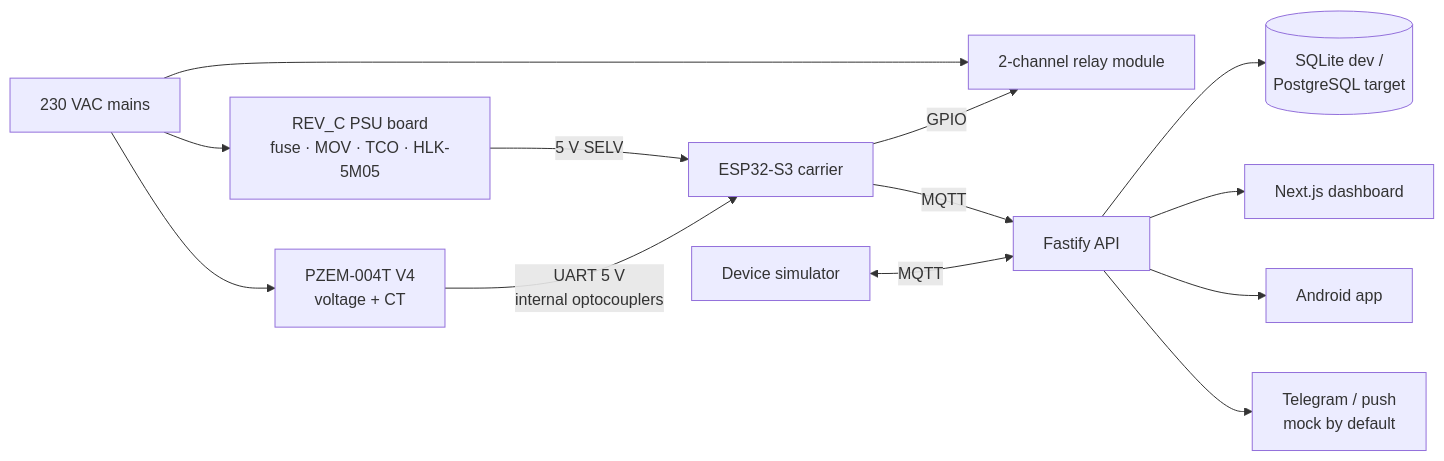
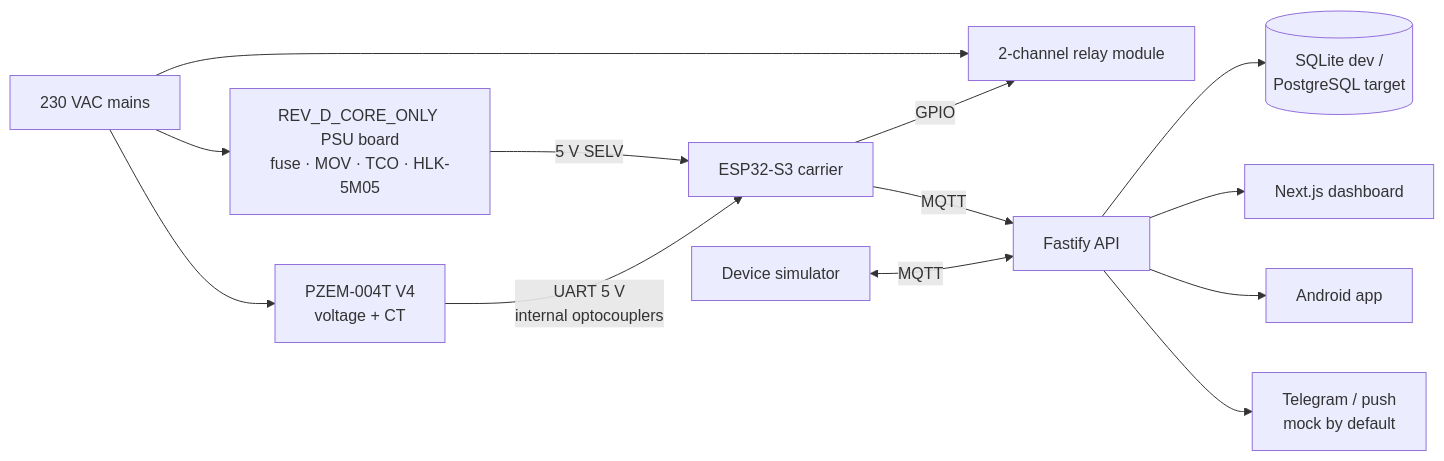
The diagram in README.md (jefryprr/smart-plug-project), drawn with Mermaid before and after one commit. The commit also changed other lines of this file and 353 other files, not shown here.

First line of the commit message:
REV_D: CORE-only build with RTC-free time fail-safe

````diff
--- a/README.md
+++ b/README.md
@@ -85,15 +87,15 @@
 ```mermaid
 flowchart LR
-    MAINS["230 VAC mains"] --> PSU["REV_C PSU board<br/>fuse · MOV · TCO · HLK-5M05"]
+    MAINS["230 VAC mains"] --> PSU["REV_D_CORE_ONLY PSU board<br/>fuse · MOV · TCO · HLK-5M05"]
     PSU -->|"5 V SELV"| CARRIER["ESP32-S3 carrier"]
     MAINS --> PZEM["PZEM-004T V4<br/>voltage + CT"]
     PZEM -->|"UART 5 V<br/>internal optocouplers"| CARRIER
     MAINS --> RELAY["2-channel relay module"]
     CARRIER -->|"GPIO"| RELAY
     CARRIER -->|"MQTT"| API["Fastify API"]
     API --> DB[("SQLite dev /<br/>PostgreSQL target")]
     API --> WEB["Next.js dashboard"]
     API --> ANDROID["Android app"]
     API --> NOTIFY["Telegram / push<br/>mock by default"]
     SIM["Device simulator"] <-->|"MQTT"| API
 ```
````
